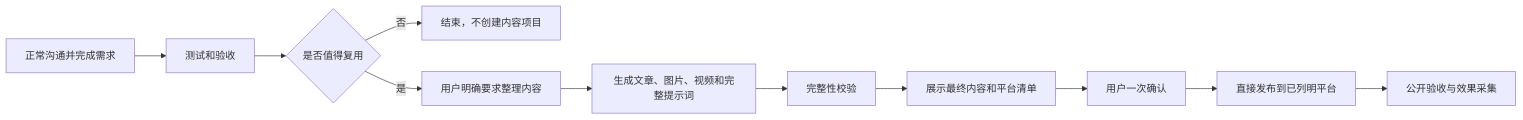
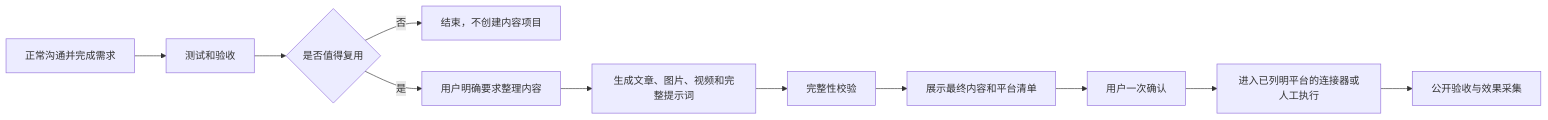
The first of 2 diagrams in USAGE-GUIDE.md (372790111z-wq/content-publishing-sop), drawn with Mermaid before and after one commit. The commit also changed other lines of this file and 66 other files, not shown here.

````diff
--- a/USAGE-GUIDE.md
+++ b/USAGE-GUIDE.md
@@ -9,13 +11,13 @@
 ```mermaid
 flowchart LR
     A[正常沟通并完成需求] --> B[测试和验收]
     B --> C{是否值得复用}
     C -- 否 --> D[结束，不创建内容项目]
     C -- 是 --> E[用户明确要求整理内容]
     E --> F[生成文章、图片、视频和完整提示词]
     F --> G[完整性校验]
     G --> H[展示最终内容和平台清单]
     H --> I[用户一次确认]
-    I --> J[直接发布到已列明平台]
+    I --> J[进入已列明平台的连接器或人工执行]
     J --> K[公开验收与效果采集]
 ```
````
